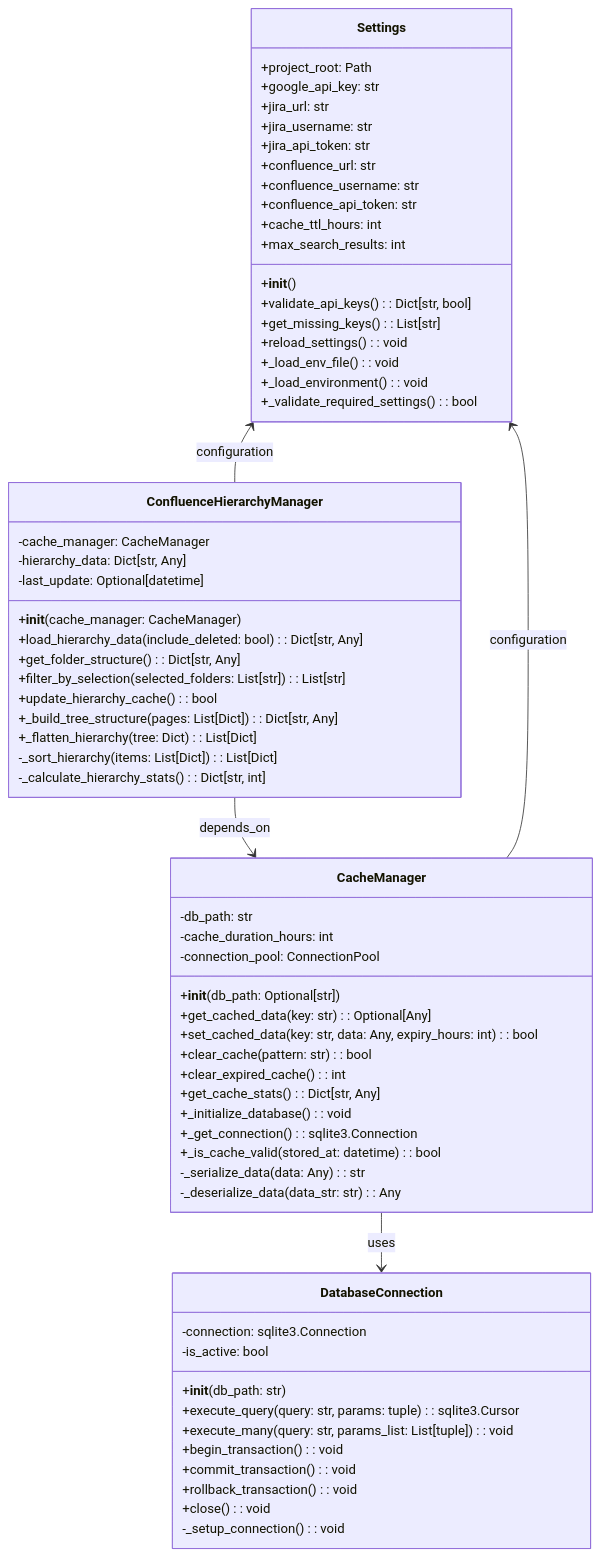
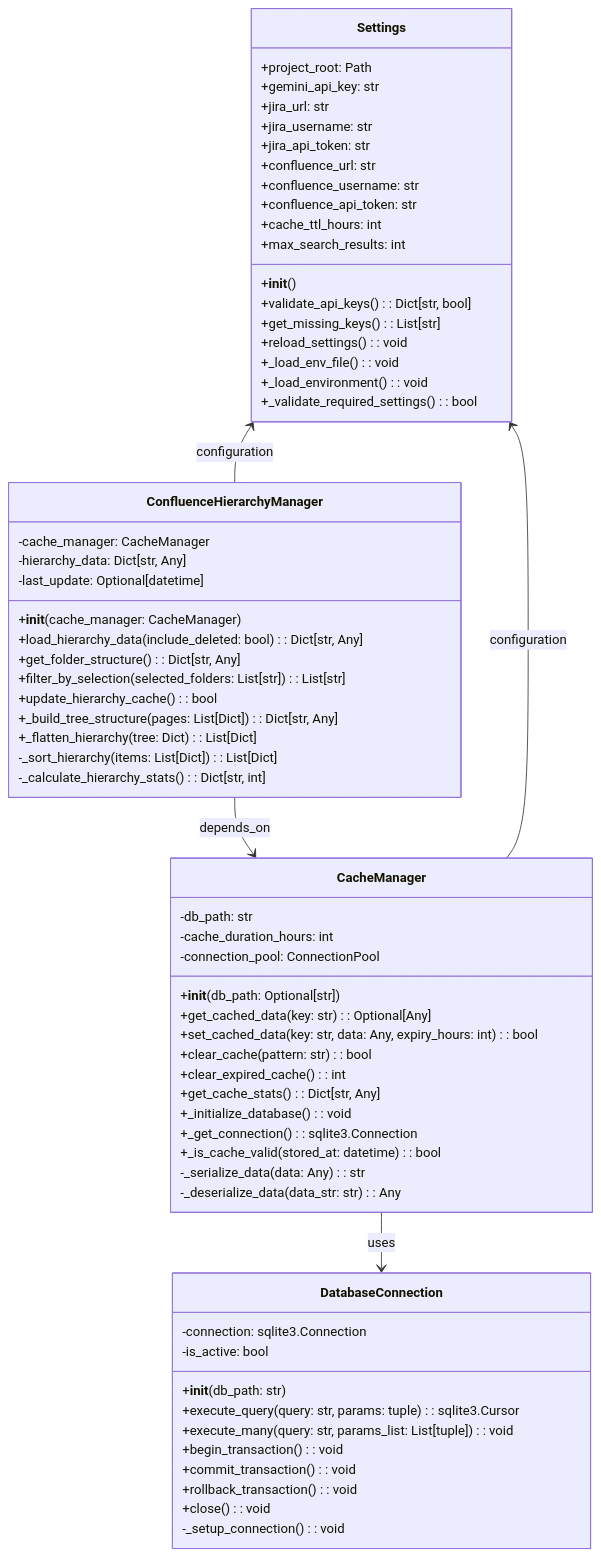
Before and after one commit to gucchon001/attratian_chatbot: the third of 7 diagrams in docs/SPEC-DS-005A クラス図設計書.md, drawn with Mermaid. The commit also changed 15 other files, not shown here.

````diff
--- a/docs/SPEC-DS-005A クラス図設計書.md
+++ b/docs/SPEC-DS-005A クラス図設計書.md
@@ -147,72 +147,72 @@
 ```mermaid
 classDiagram
     class CacheManager {
         -db_path: str
         -cache_duration_hours: int
         -connection_pool: ConnectionPool
         +__init__(db_path: Optional[str])
         +get_cached_data(key: str): Optional[Any]
         +set_cached_data(key: str, data: Any, expiry_hours: int): bool
         +clear_cache(pattern: str): bool
         +clear_expired_cache(): int
         +get_cache_stats(): Dict[str, Any]
         +_initialize_database(): void
         +_get_connection(): sqlite3.Connection
         +_is_cache_valid(stored_at: datetime): bool
         -_serialize_data(data: Any): str
         -_deserialize_data(data_str: str): Any
     }
 
     class Settings {
         +project_root: Path
-        +google_api_key: str
+        +gemini_api_key: str
         +jira_url: str
         +jira_username: str
         +jira_api_token: str
         +confluence_url: str
         +confluence_username: str
         +confluence_api_token: str
         +cache_ttl_hours: int
         +max_search_results: int
         +__init__()
         +validate_api_keys(): Dict[str, bool]
         +get_missing_keys(): List[str]
         +reload_settings(): void
         +_load_env_file(): void
         +_load_environment(): void
         +_validate_required_settings(): bool
     }
 
     class ConfluenceHierarchyManager {
         -cache_manager: CacheManager
         -hierarchy_data: Dict[str, Any]
         -last_update: Optional[datetime]
         +__init__(cache_manager: CacheManager)
         +load_hierarchy_data(include_deleted: bool): Dict[str, Any]
         +get_folder_structure(): Dict[str, Any]
         +filter_by_selection(selected_folders: List[str]): List[str]
         +update_hierarchy_cache(): bool
         +_build_tree_structure(pages: List[Dict]): Dict[str, Any]
         +_flatten_hierarchy(tree: Dict): List[Dict]
         -_sort_hierarchy(items: List[Dict]): List[Dict]
         -_calculate_hierarchy_stats(): Dict[str, int]
     }
 
     class DatabaseConnection {
         -connection: sqlite3.Connection
         -is_active: bool
         +__init__(db_path: str)
         +execute_query(query: str, params: tuple): sqlite3.Cursor
         +execute_many(query: str, params_list: List[tuple]): void
         +begin_transaction(): void
         +commit_transaction(): void
         +rollback_transaction(): void
         +close(): void
         -_setup_connection(): void
     }
 
     CacheManager --> DatabaseConnection : uses
     ConfluenceHierarchyManager --> CacheManager : depends_on
     Settings <-- CacheManager : configuration
     Settings <-- ConfluenceHierarchyManager : configuration
 ```
````
